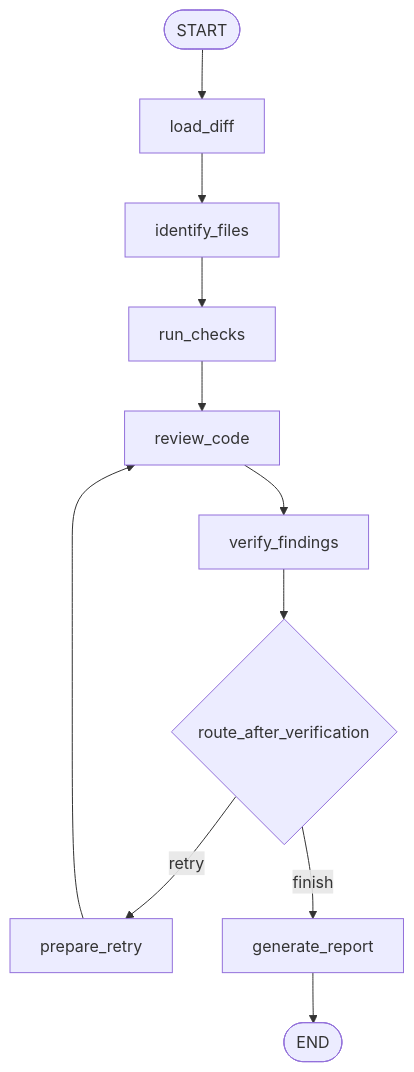
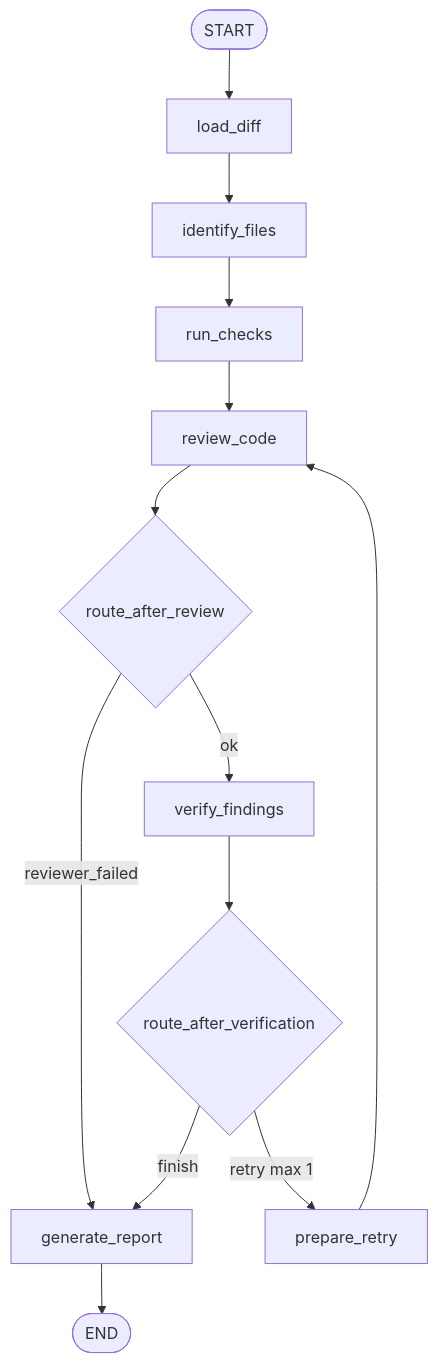
The diagram in README.md (BitBucket0/agentic-pr-reviewer), drawn with Mermaid before and after one commit. The commit also changed other lines of this file and 1 other file, not shown here.

````diff
--- a/README.md
+++ b/README.md
@@ -43,13 +52,15 @@
 ```mermaid
 flowchart TD
   START([START]) --> loadDiff[load_diff]
   loadDiff --> identifyFiles[identify_files]
   identifyFiles --> runChecks[run_checks]
   runChecks --> reviewCode[review_code]
-  reviewCode --> verifyFindings[verify_findings]
+  reviewCode --> routeReview{route_after_review}
+  routeReview -->|reviewer_failed| generateReport[generate_report]
+  routeReview -->|ok| verifyFindings[verify_findings]
   verifyFindings --> route{route_after_verification}
-  route -->|retry| prepareRetry[prepare_retry]
+  route -->|retry max 1| prepareRetry[prepare_retry]
   prepareRetry --> reviewCode
-  route -->|finish| generateReport[generate_report]
+  route -->|finish| generateReport
   generateReport --> END([END])
 ```
````
